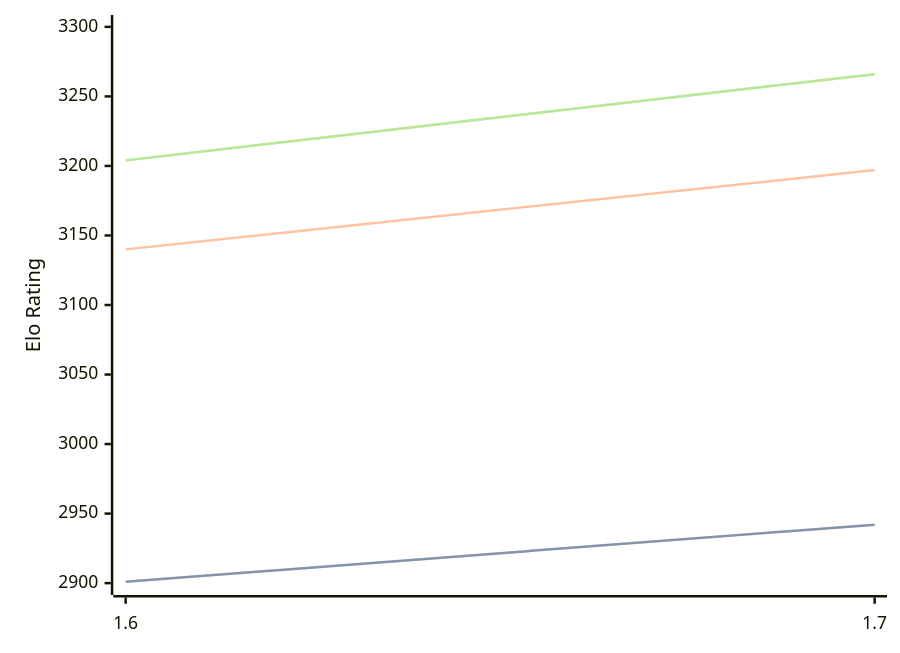
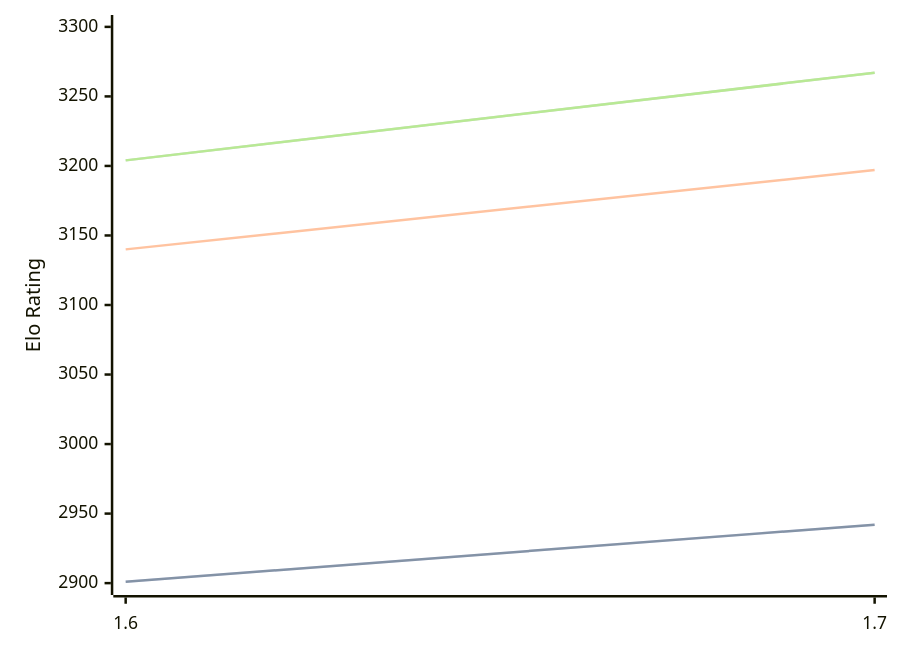
One commit to computer-chess-index/cci changed the diagram in engines/Bitbit.md. Above: the diagram before and after it, drawn with Mermaid. The commit also changed other lines of this file, not shown here.

Commit message:
Update CCI Ratings (ELO VLTC) - 2026-08-25

````diff
--- a/engines/Bitbit.md
+++ b/engines/Bitbit.md
@@ -32,11 +32,11 @@
 ```mermaid
 %%{init: {"theme":"base","themeVariables":{"seriesColors:['#a3a3a3','#222221','#faa371']}}}%%
 xychart-beta
   x-axis ["1.6", "1.7"]
   y-axis "Elo Rating" 2900 --> 3300
   line "STC (8.0+0.08s)" [2901, 2942]
   line "STC (8.0+0.08s)" [2901, 2942]
   line "LTC (60.0+0.60s)" [3140, 3197]
-  line "VLTC (2m24s+1.12s)" [3204, 3266]
-  line "VLTC (2m24s+1.12s)" [3204, 3266]
+  line "VLTC (2m24s+1.12s)" [3204, 3267]
+  line "VLTC (2m24s+1.12s)" [3204, 3267]
 ```
````
